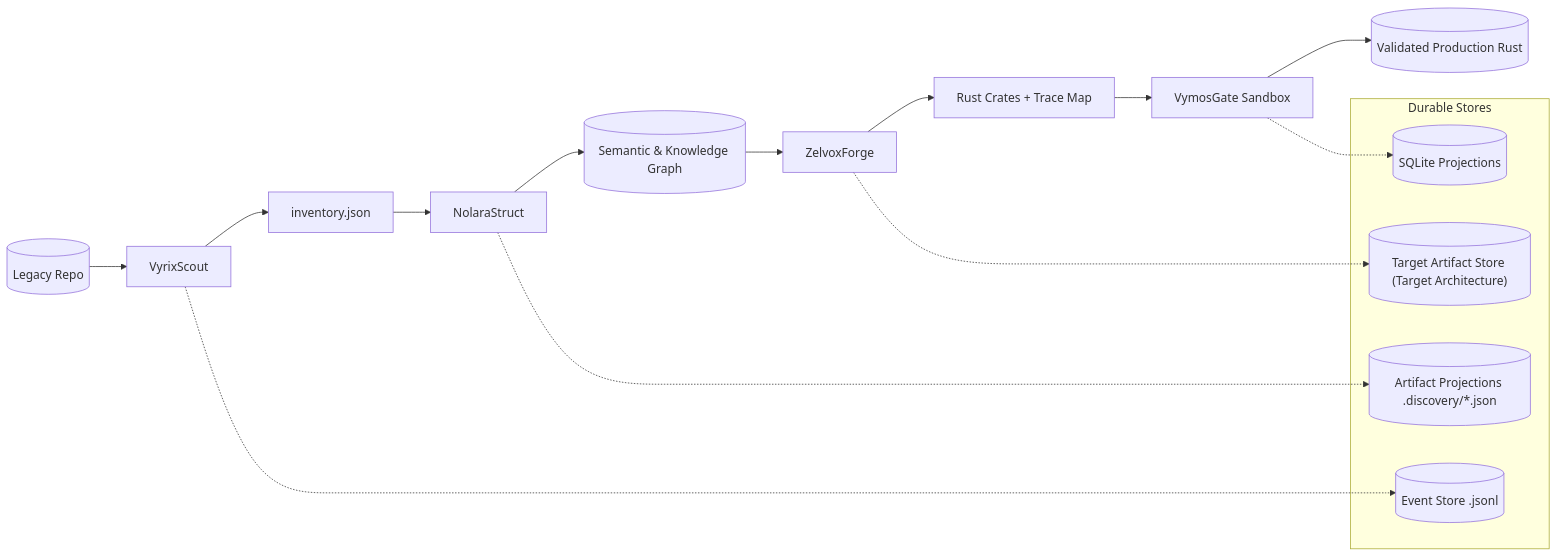
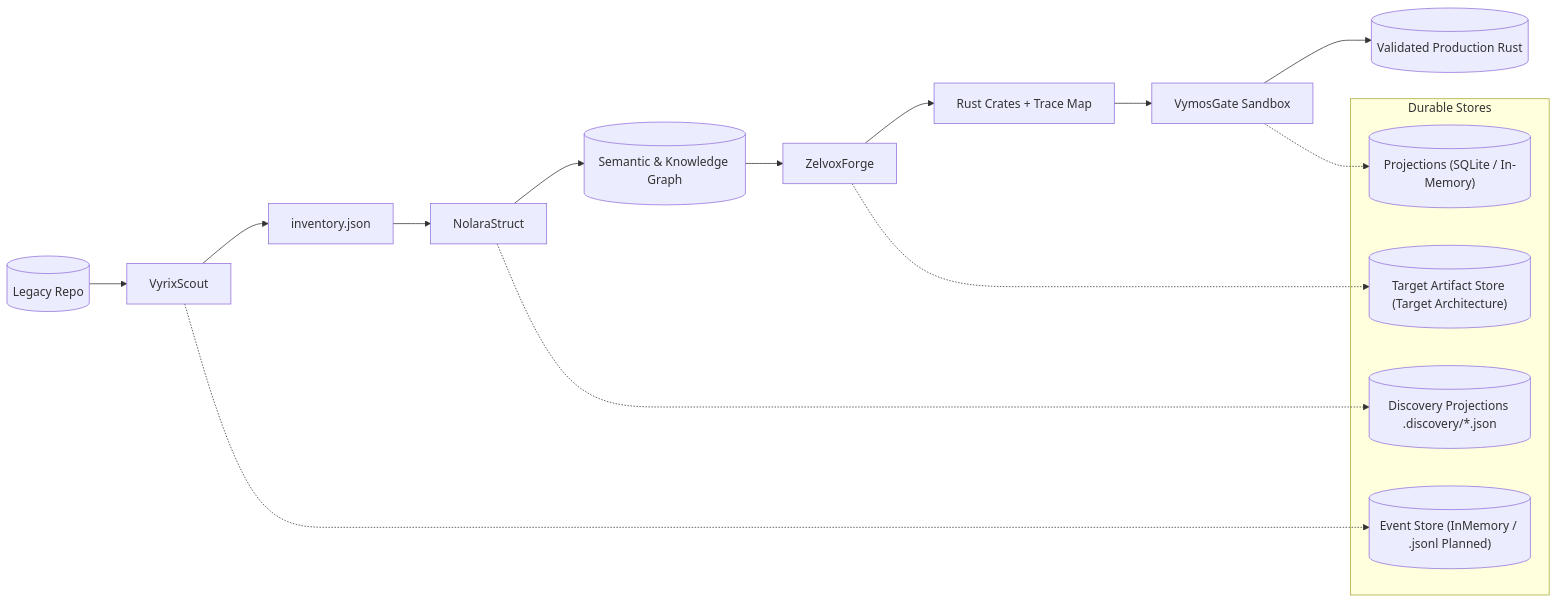
One commit to raitaskeen/LegacyExodus changed the fifth of 6 diagrams in README.md. Above: the diagram before and after it, drawn with Mermaid. The commit also changed other lines of this file and 3 other files, not shown here.

Commit message:
docs(architecture): reconcile remaining runtime documentation claims

````diff
--- a/README.md
+++ b/README.md
@@ -521,23 +521,23 @@
 ```mermaid
 flowchart LR
     A[("Legacy Repo")] --> B["VyrixScout"]
     B --> C["inventory.json"]
     C --> D["NolaraStruct"]
     D --> E[("Semantic & Knowledge Graph")]
     E --> F["ZelvoxForge"]
     F --> G["Rust Crates + Trace Map"]
     G --> H["VymosGate Sandbox"]
     H --> I[("Validated Production Rust")]
 
     subgraph DurableStores ["Durable Stores"]
-        J[("Event Store .jsonl")]
-        K[("SQLite Projections")]
-        L[("Artifact Projections .discovery/*.json")]
+        J[("Event Store (InMemory / .jsonl Planned)")]
+        K[("Projections (SQLite / In-Memory)")]
+        L[("Discovery Projections .discovery/*.json")]
         M[("Target Artifact Store (Target Architecture)")]
     end
 
     B -.-> J
     D -.-> L
     F -.-> M
     H -.-> K
 ```
````
